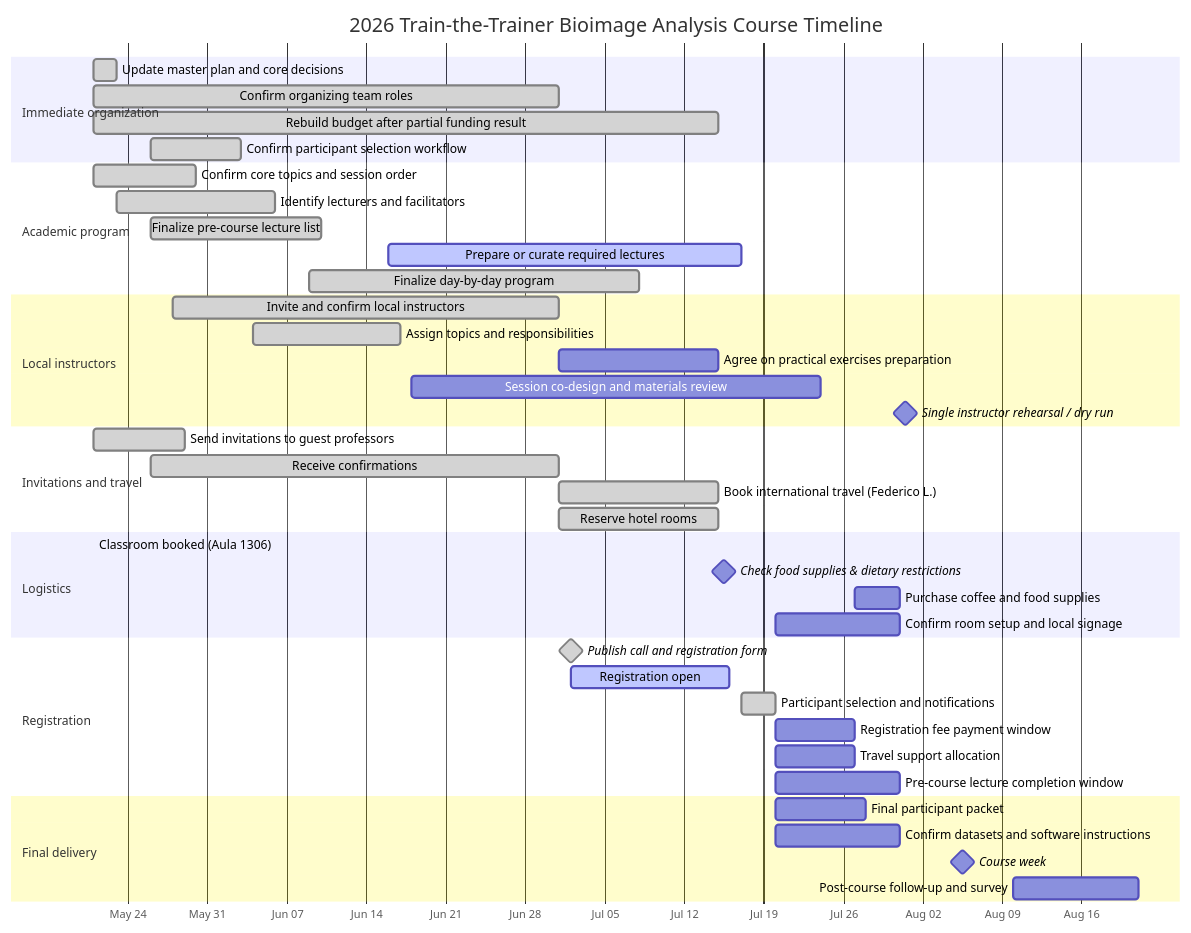
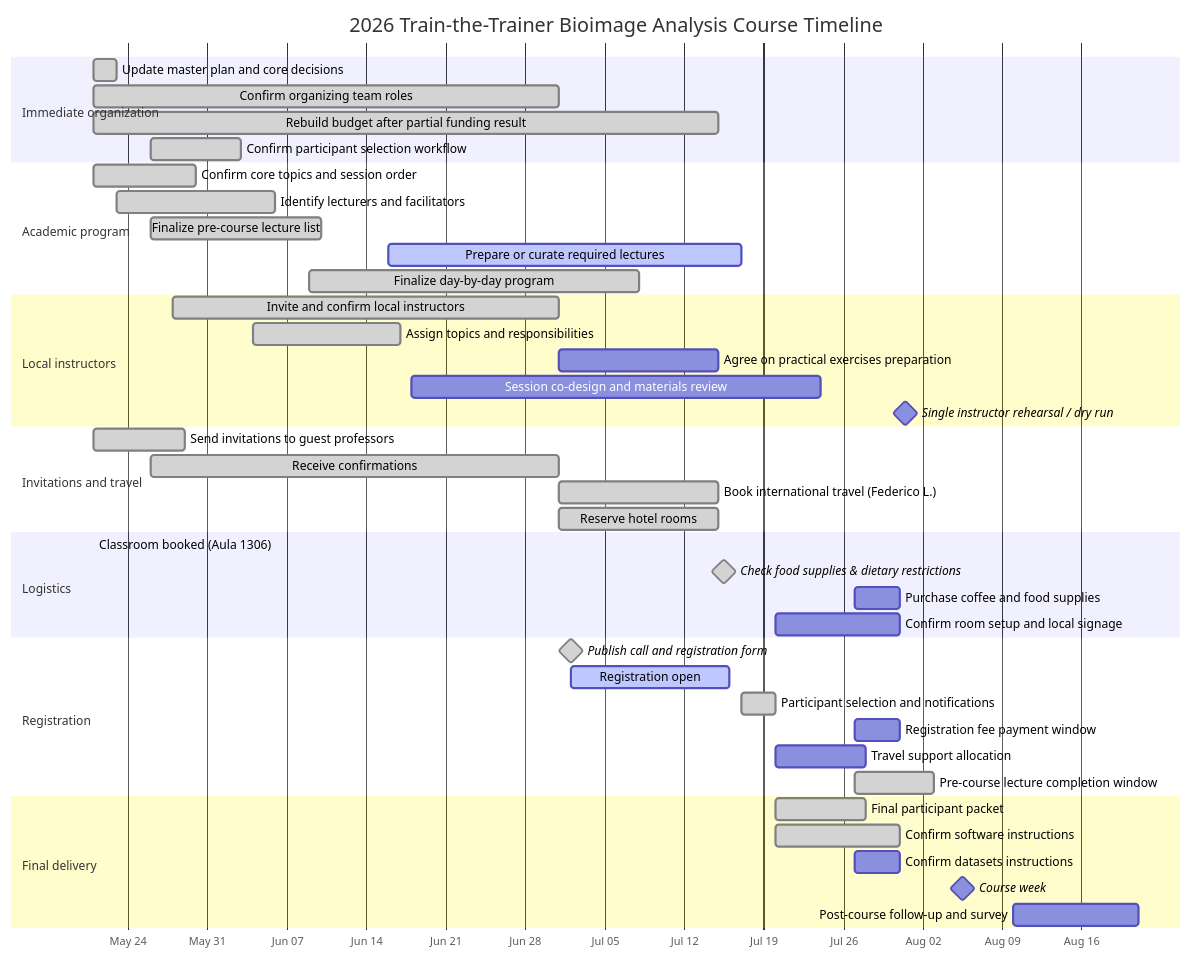
Before and after one commit to acorbat/2026_TtT_Course: the diagram in COURSE_MASTER_PLAN.md, drawn with Mermaid. The commit also changed other lines of this file and 1 other file, not shown here.

````diff
--- a/COURSE_MASTER_PLAN.md
+++ b/COURSE_MASTER_PLAN.md
@@ -47,52 +49,53 @@
 ```mermaid
 gantt
     title 2026 Train-the-Trainer Bioimage Analysis Course Timeline
     dateFormat  YYYY-MM-DD
     axisFormat  %b %d
 
     section Immediate organization
     Update master plan and core decisions         :done, plan, 2026-05-21, 2026-05-23
     Confirm organizing team roles                 :done, roles, 2026-05-21, 2026-07-01
     Rebuild budget after partial funding result   :done, budget, 2026-05-21, 2026-07-15
     Confirm participant selection workflow        :done, selectionflow, 2026-05-26, 2026-06-03
 
     section Academic program
     Confirm core topics and session order         :done, topics, 2026-05-21, 2026-05-30
     Identify lecturers and facilitators           :done, lecturers, 2026-05-23, 2026-06-06
     Finalize pre-course lecture list              :done, prelist, 2026-05-26, 2026-06-10
     Prepare or curate required lectures           :active, prework, 2026-06-16, 2026-07-17
     Finalize day-by-day program                   :done, program, 2026-06-09, 2026-07-08
 
     section Local instructors
     Invite and confirm local instructors          :done, localinvite, 2026-05-28, 2026-07-01
     Assign topics and responsibilities            :done, localroles, 2026-06-04, 2026-06-17
     Agree on practical exercises preparation      :localexercises, 2026-07-01, 2026-07-15
     Session co-design and materials review        :localcodesign, 2026-06-18, 2026-07-24
     Single instructor rehearsal / dry run         :milestone, localrehearsal, 2026-07-31, 1d
 
     section Invitations and travel
     Send invitations to guest professors          :done, invite, 2026-05-21, 2026-05-29
     Receive confirmations                         :done, confirm, 2026-05-26, 2026-07-01
     Book international travel (Federico L.)       :done, travel, 2026-07-01, 2026-07-15
     Reserve hotel rooms                           :done, hotel, 2026-07-01, 2026-07-15
 
     section Logistics
     Classroom booked (Aula 1306)                  :done, classroom, 2026-05-21, 2026-05-21
-    Check food supplies & dietary restrictions    :milestone, cateringcheck, 2026-07-15, 1d
+    Check food supplies & dietary restrictions    :done, milestone, cateringcheck, 2026-07-15, 1d
     Purchase coffee and food supplies             :cateringpurchase, 2026-07-27, 2026-07-31
     Confirm room setup and local signage          :roomfinal, 2026-07-20, 2026-07-31
 
     section Registration
     Publish call and registration form            :done, milestone, call, 2026-07-02, 0d
     Registration open                             :active, regopen, 2026-07-02, 2026-07-16
     Participant selection and notifications       :done, selection, 2026-07-17, 2026-07-20
-    Registration fee payment window               :payment, 2026-07-20, 2026-07-27
-    Travel support allocation                     :support, 2026-07-20, 2026-07-27
-    Pre-course lecture completion window          :lecturewindow, 2026-07-20, 2026-07-31
+    Registration fee payment window               :payment, 2026-07-27, 2026-07-31
+    Travel support allocation                     :support, 2026-07-20, 2026-07-28
+    Pre-course lecture completion window          :done, lecturewindow, 2026-07-27, 2026-08-03
 
     section Final delivery
-    Final participant packet                      :packet, 2026-07-20, 2026-07-28
-    Confirm datasets and software instructions    :software, 2026-07-20, 2026-07-31
+    Final participant packet                      :done, packet, 2026-07-20, 2026-07-28
+    Confirm software instructions    :done, software, 2026-07-20, 2026-07-31
+    Confirm datasets instructions    :datasets, 2026-07-27, 2026-07-31
     Course week                                   :milestone, course, 2026-08-03, 5d
     Post-course follow-up and survey              :followup, 2026-08-10, 2026-08-21
 ```
````
